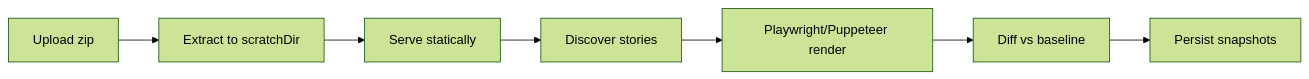
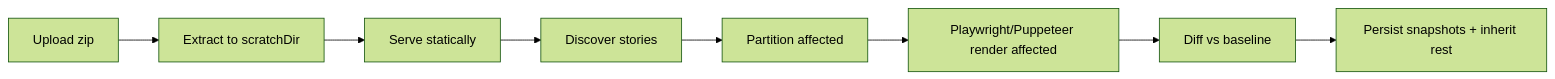
The diagram in apps/website/src/content/docs/concepts/capture.md (GuptaSiddhant/StoryShelf), drawn with Mermaid (forest theme) before and after one commit. The commit also changed other lines of this file and 69 other files, not shown here.

First line of the commit message:
feat(affected): affected capture with baseline inheritance, UI, CLI, and docs

````diff
--- a/apps/website/src/content/docs/concepts/capture.md
+++ b/apps/website/src/content/docs/concepts/capture.md
@@ -12,9 +12,10 @@
 ```mermaid
 flowchart LR
     A[Upload zip] --> B[Extract to scratchDir]
     B --> C[Serve statically]
     C --> D[Discover stories]
-    D --> E[Playwright/Puppeteer render]
-    E --> F[Diff vs baseline]
-    F --> G[Persist snapshots]
+    D --> E[Partition affected]
+    E --> F[Playwright/Puppeteer render affected]
+    F --> G[Diff vs baseline]
+    G --> H[Persist snapshots + inherit rest]
 ```
````
